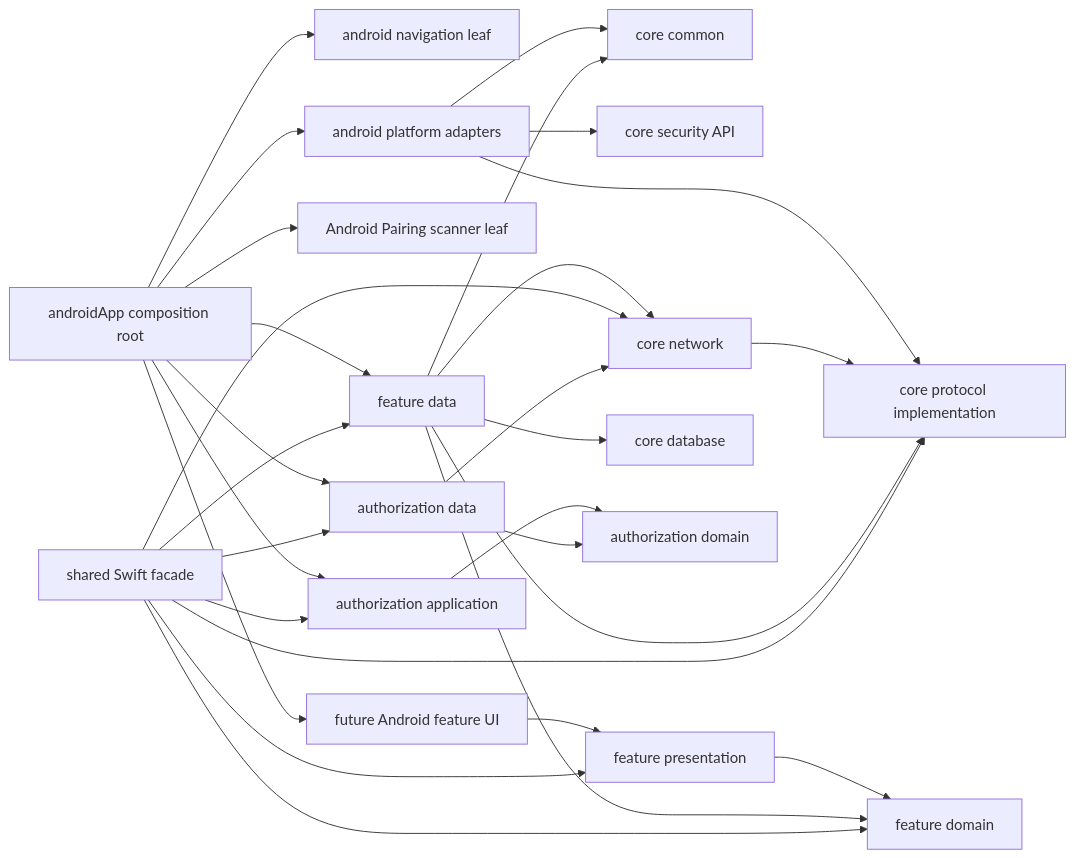
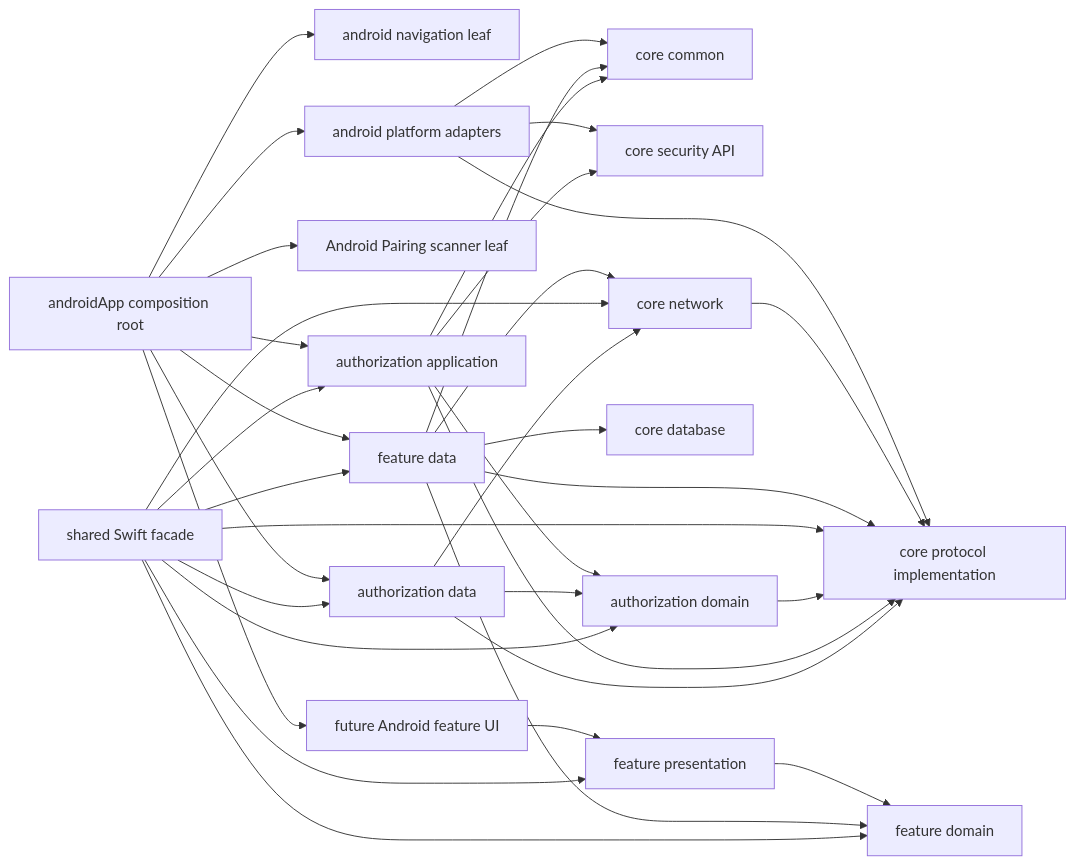
The diagram in mobile/docs/architecture.md (VictorSkurchik/rotki), drawn with Mermaid before and after one commit. The commit also changed other lines of this file and 31 other files, not shown here.

````diff
--- a/mobile/docs/architecture.md
+++ b/mobile/docs/architecture.md
@@ -183,31 +189,37 @@
 ```mermaid
 flowchart LR
     AndroidApp["androidApp composition root"] --> AndroidNavigation["android navigation leaf"]
     AndroidApp --> AndroidPlatform["android platform adapters"]
     AndroidPlatform --> Common["core common"]
     AndroidPlatform --> SecurityApi["core security API"]
     AndroidPlatform --> Protocol
     AndroidApp --> AndroidPairingScanner["Android Pairing scanner leaf"]
     AndroidApp["androidApp composition root"] --> AndroidFeature["future Android feature UI"]
     AndroidFeature --> Presentation["feature presentation"]
     Presentation --> Domain["feature domain"]
     Data["feature data"] --> Domain
     Data --> Common["core common"]
     Data --> Network["core network"]
     Network --> Protocol["core protocol implementation"]
     Data --> Protocol
     Data --> Database["core database"]
     AndroidApp --> Data
     Shared["shared Swift facade"] --> Presentation
     Shared --> Domain
     Shared --> Data
     Shared --> Protocol
     Shared --> Network
     AndroidApp --> AuthorizationApplication["authorization application"]
     Shared --> AuthorizationApplication
     AuthorizationApplication --> AuthorizationDomain["authorization domain"]
+    AuthorizationDomain --> Protocol
+    AuthorizationApplication --> Common
+    AuthorizationApplication --> Protocol
+    AuthorizationApplication --> SecurityApi
     AuthorizationData["authorization data"] --> AuthorizationDomain
     AuthorizationData --> Network
+    AuthorizationData --> Protocol
     AndroidApp --> AuthorizationData
     Shared --> AuthorizationData
+    Shared --> AuthorizationDomain
 ```
````
